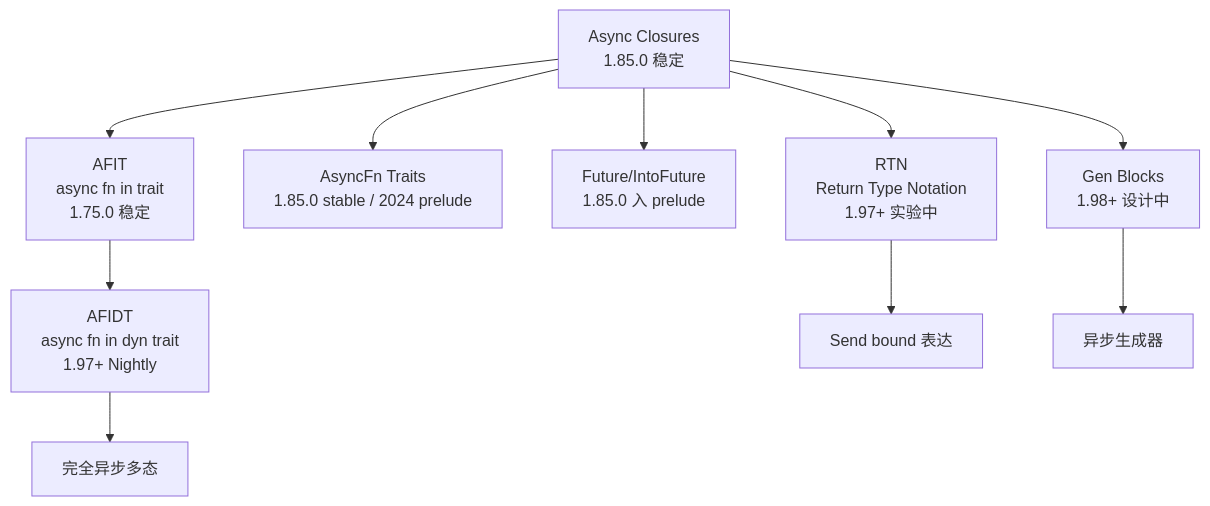
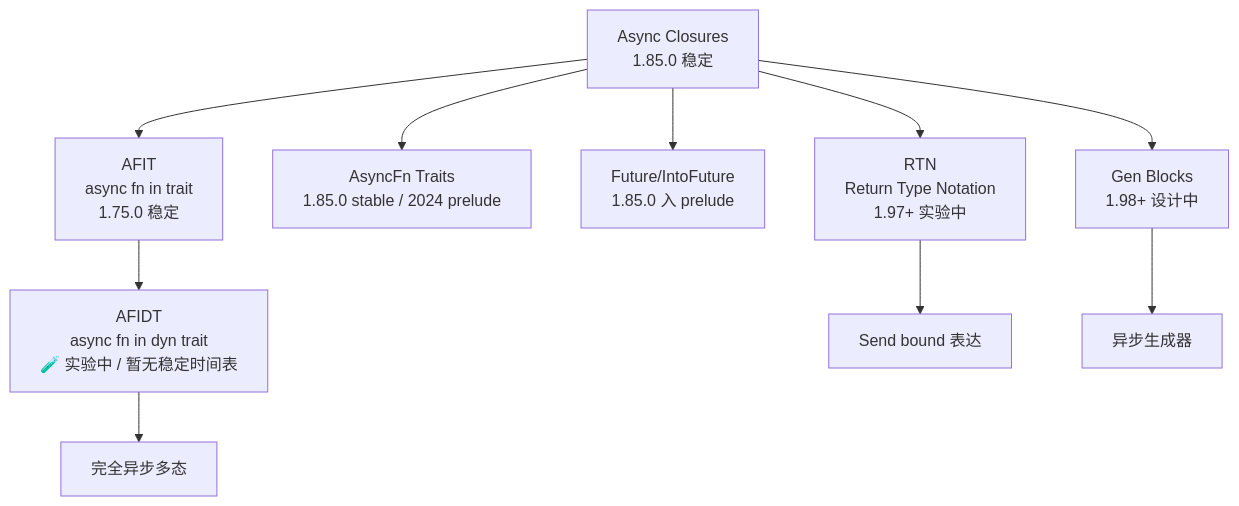
One commit to martin-ly/rust-lang changed the third of 3 diagrams in crates/c06_async/docs/ASYNC_CLOSURES_GUIDE.md. Above: the diagram before and after it, drawn with Mermaid. The commit also changed 41 other files, not shown here.

````diff
--- a/crates/c06_async/docs/ASYNC_CLOSURES_GUIDE.md
+++ b/crates/c06_async/docs/ASYNC_CLOSURES_GUIDE.md
@@ -379,14 +379,14 @@
 ```mermaid
 graph TD
     AC[Async Closures<br/>1.85.0 稳定] --> A1[AFIT<br/>async fn in trait<br/>1.75.0 稳定]
     AC --> A2[AsyncFn Traits<br/>1.85.0 stable / 2024 prelude]
     AC --> A3[Future/IntoFuture<br/>1.85.0 入 prelude]
 
-    A1 --> B1[AFIDT<br/>async fn in dyn trait<br/>1.97+ Nightly]
+    A1 --> B1[AFIDT<br/>async fn in dyn trait<br/>🧪 实验中 / 暂无稳定时间表]
     AC --> B2[RTN<br/>Return Type Notation<br/>1.97+ 实验中]
     AC --> B3[Gen Blocks<br/>1.98+ 设计中]
 
     B1 --> C1[完全异步多态]
     B2 --> C2[Send bound 表达]
     B3 --> C3[异步生成器]
 ```
````
